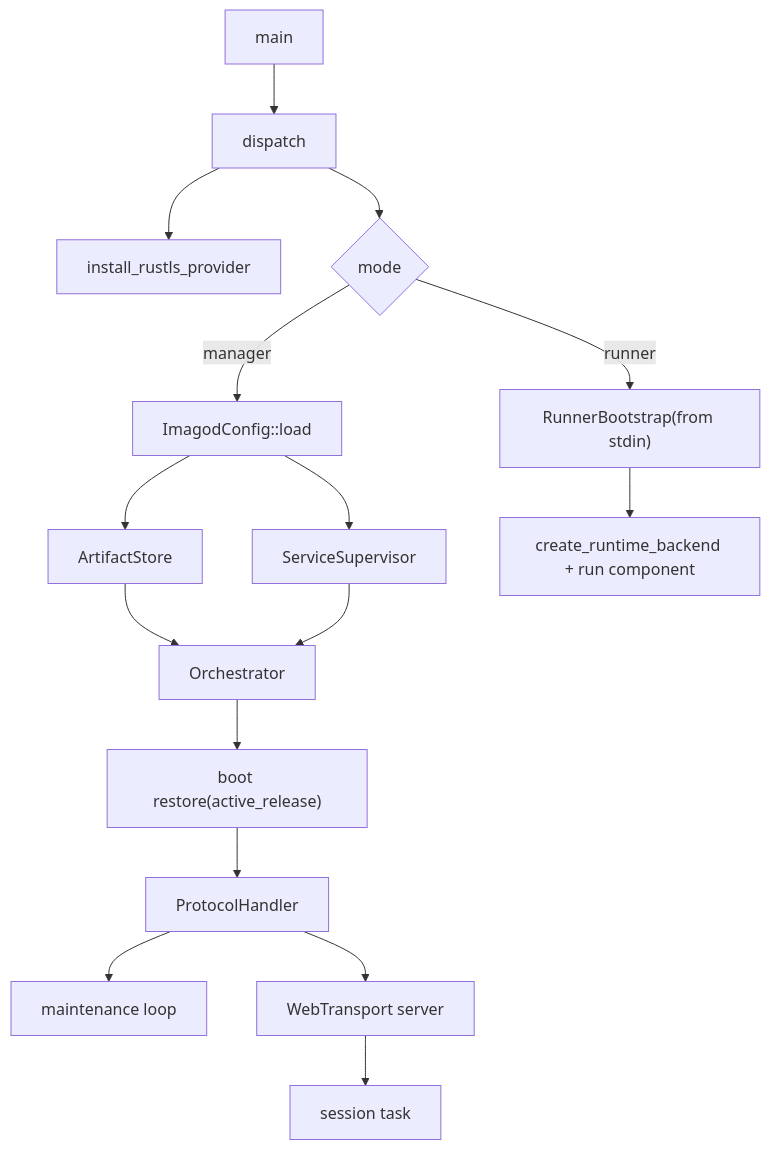
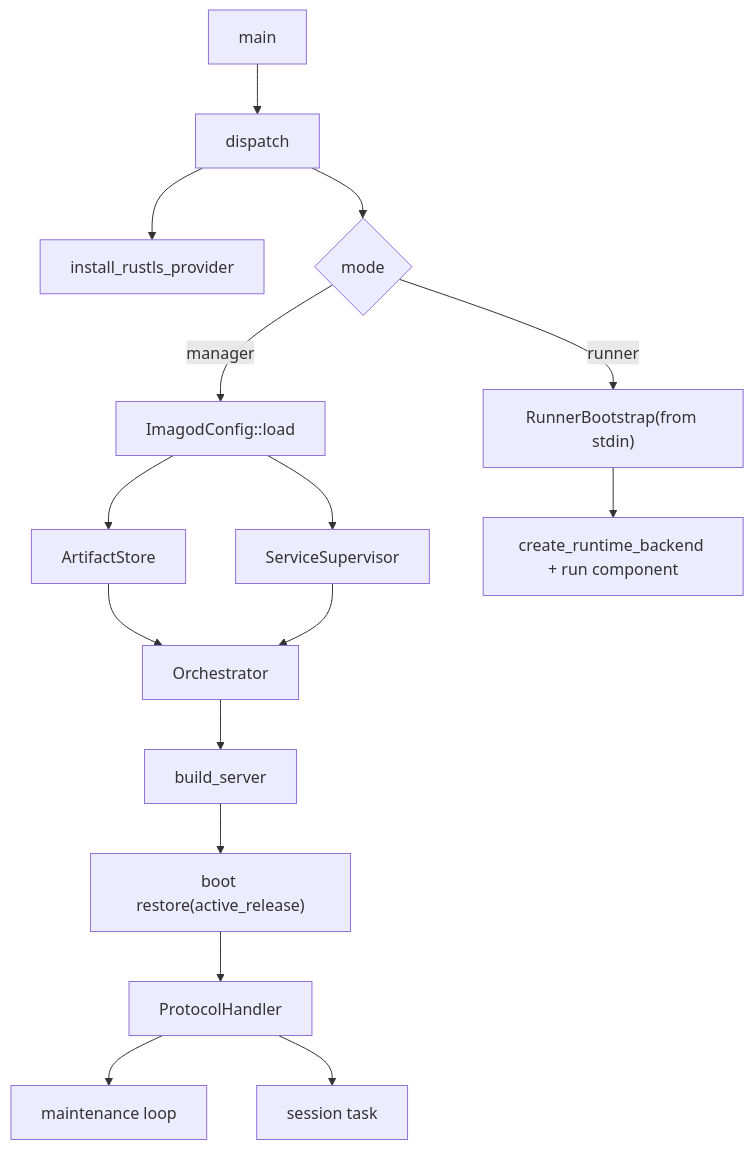
Before and after one commit to yieldspace/imago: the first of 4 diagrams in docs/spec/imagod-internals.md, drawn with Mermaid. The commit also changed other lines of this file and 1 other file, not shown here.

Commit message:
Move boot restore after server setup

````diff
--- a/docs/spec/imagod-internals.md
+++ b/docs/spec/imagod-internals.md
@@ -47,18 +47,18 @@
 ```mermaid
 flowchart TD
   A["main"] --> B["dispatch"]
   B --> C["install_rustls_provider"]
   B --> D{"mode"}
   D -->|manager| E["ImagodConfig::load"]
   E --> F["ArtifactStore"]
   E --> G["ServiceSupervisor"]
   F --> H["Orchestrator"]
   G --> H
-  H --> I["boot restore(active_release)"]
-  I --> J["ProtocolHandler"]
-  J --> K["maintenance loop"]
-  J --> L["WebTransport server"]
-  L --> M["session task"]
+  H --> I["build_server"]
+  I --> J["boot restore(active_release)"]
+  J --> K["ProtocolHandler"]
+  K --> L["maintenance loop"]
+  K --> M["session task"]
   D -->|runner| O["RunnerBootstrap(from stdin)"]
   O --> P["create_runtime_backend + run component"]
 ```
````
